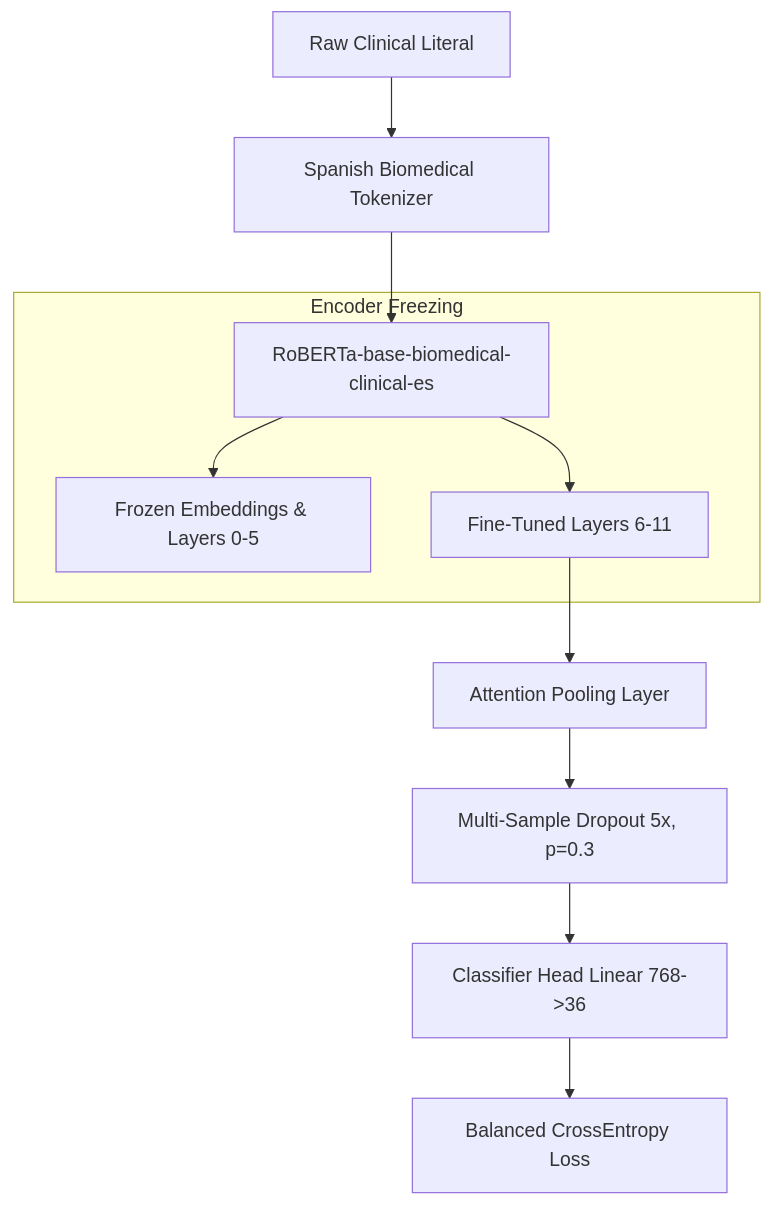
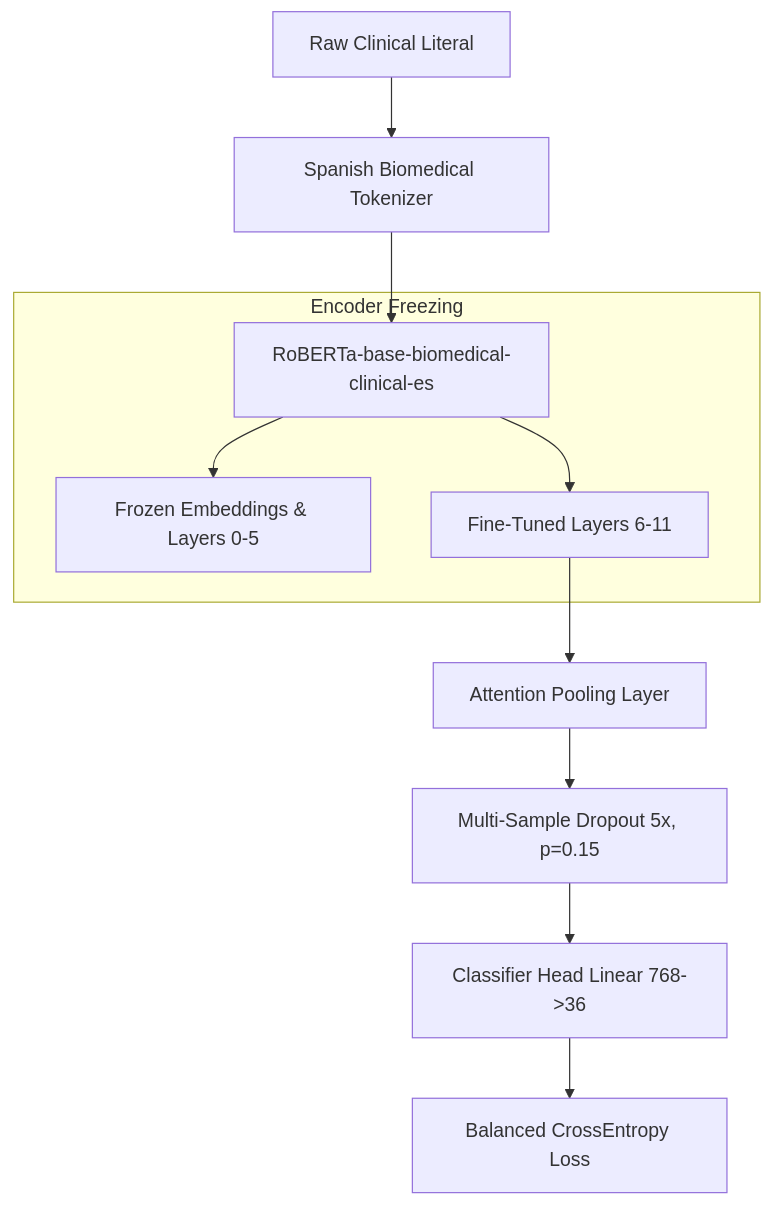
One commit to pscxgpt/NLP changed the diagram in README.md. Above: the diagram before and after it, drawn with Mermaid. The commit also changed other lines of this file and 1 other file, not shown here.

````diff
--- a/README.md
+++ b/README.md
@@ -32,13 +32,13 @@
 ```mermaid
 graph TD
     A[Raw Clinical Literal] --> B[Spanish Biomedical Tokenizer]
     B --> C[RoBERTa-base-biomedical-clinical-es]
     subgraph "Encoder Freezing"
         C --> D["Frozen Embeddings & Layers 0-5"]
         C --> E["Fine-Tuned Layers 6-11"]
     end
     E --> F[Attention Pooling Layer]
-    F --> G[Multi-Sample Dropout 5x, p=0.3]
+    F --> G[Multi-Sample Dropout 5x, p=0.15]
     G --> H[Classifier Head Linear 768->36]
     H --> I[Balanced CrossEntropy Loss]
 ```
````
